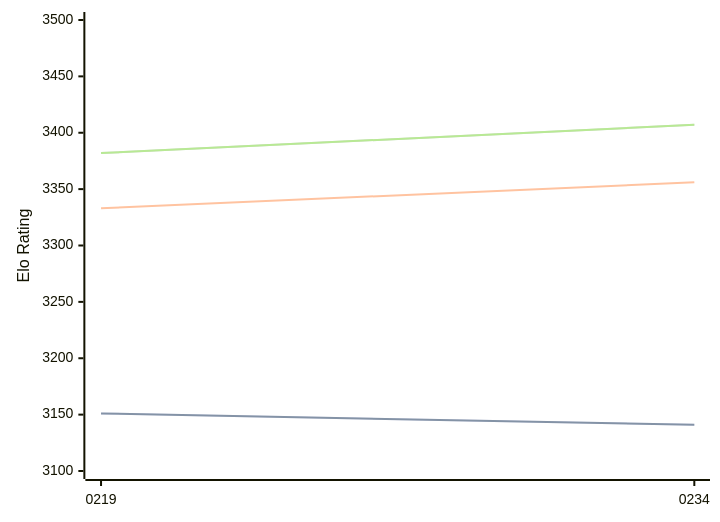
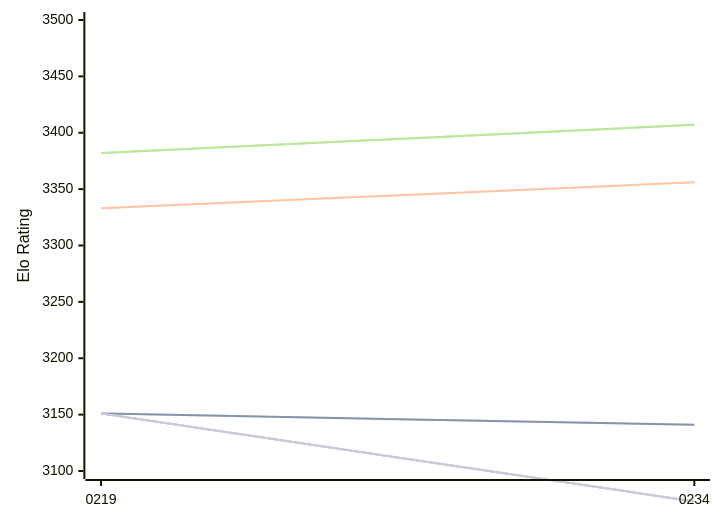
One commit to computer-chess-index/cci changed the diagram in engines/Ynode.md. Above: the diagram before and after it, drawn with Mermaid. The commit also changed other lines of this file, not shown here.

Commit message:
Update CCI Ratings (ELO VLTC) - 2026-10-11

````diff
--- a/engines/Ynode.md
+++ b/engines/Ynode.md
@@ -48,16 +48,13 @@
 ```mermaid
 %%{init: {"theme":"base","themeVariables":{"seriesColors:['#a3a3a3','#222221','#faa371']}}}%%
 xychart-beta
   x-axis ["0219", "0234"]
   y-axis "Elo Rating" 3100 --> 3500
   line "" [3151, 3141]
   line "T1: STC (8.0+0.08s)" [3151, 3141]
   line "T1: LTC (60.0+0.60s)" [3333, 3356]
   line "" [3382, 3407]
   line "T1: VLTC (2m24s+1.12s)" [3382, 3407]
-  line "" [3065]
-  line "E1: STC (8.0+0.08s)" [3065]
-  line "E1: LTC (60.0+0.60s)" [3279]
-  line "" [3328]
-  line "E1: VLTC (2m24s+1.12s)" [3328]
+  line "" [3151,3073]
+  line "E1: STC (8.0+0.08s)" [3151,3073]
 ```
````
